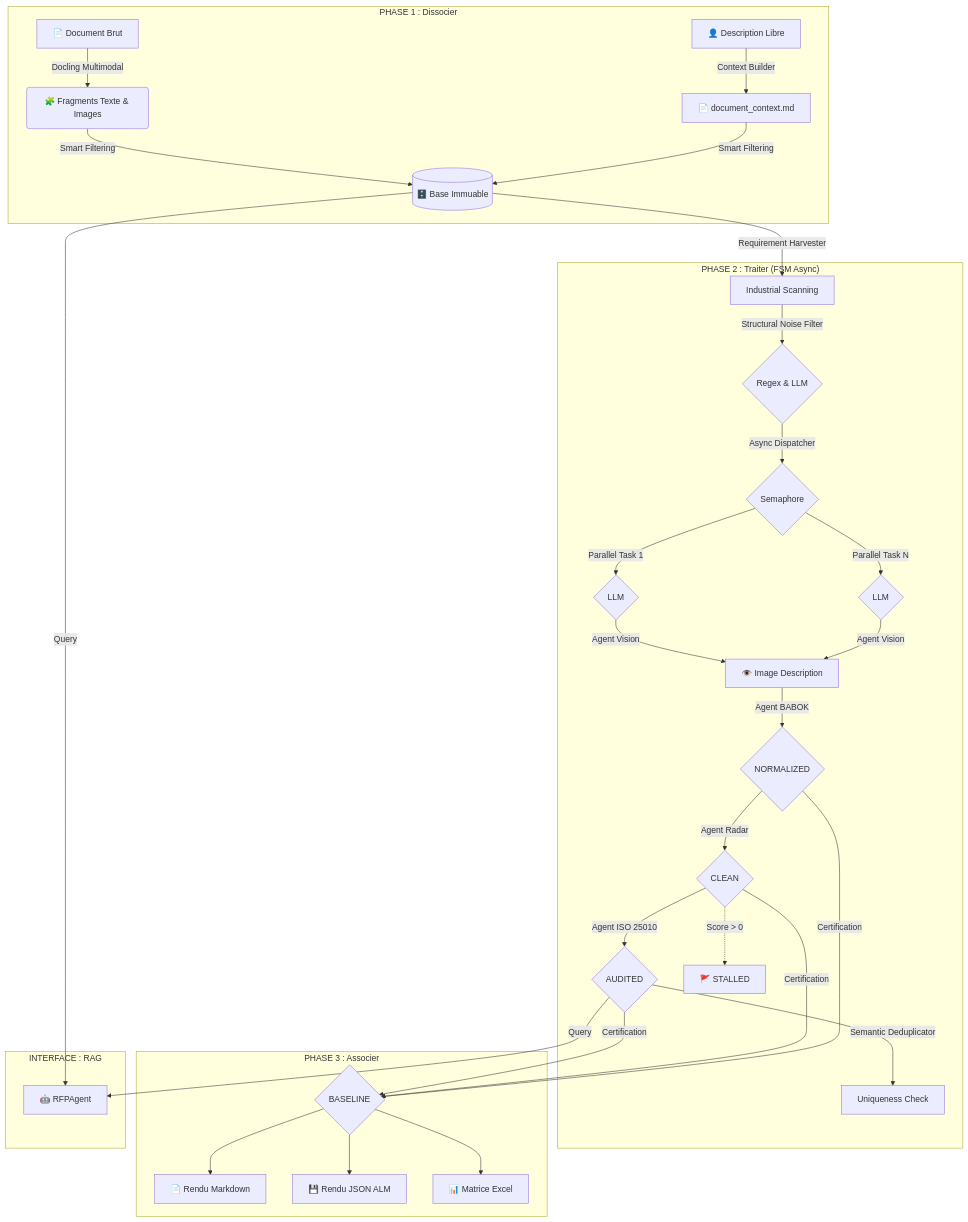
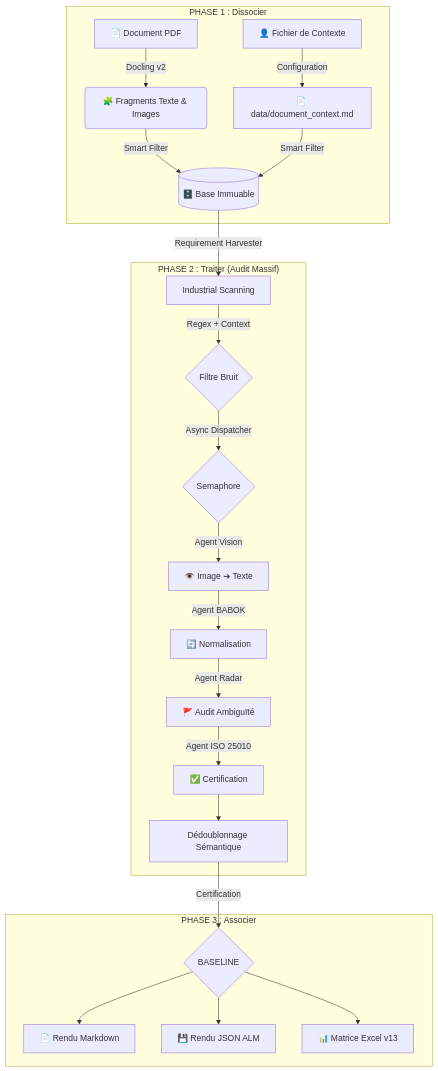
The diagram in ARCHITECTURE.md (RodMan121/rfp-analyse-ia), drawn with Mermaid before and after one commit. The commit also changed other lines of this file and 2 other files, not shown here.

````diff
--- a/ARCHITECTURE.md
+++ b/ARCHITECTURE.md
@@ -9,33 +9,26 @@
 ```mermaid
 graph TD
     subgraph "PHASE 1 : Dissocier"
-        USER[👤 Description Libre] -->|Context Builder| CTX[📄 document_context.md]
-        A[📄 Document Brut] -->|Docling Multimodal| B(🧩 Fragments Texte & Images)
-        B & CTX -->|Smart Filtering| C[(🗄️ Base Immuable)]
+        USER[👤 Fichier de Contexte] -->|Configuration| CTX[📄 data/document_context.md]
+        A[📄 Document PDF] -->|Docling v2| B(🧩 Fragments Texte & Images)
+        B & CTX -->|Smart Filter| C[(🗄️ Base Immuable)]
     end
     
-    subgraph "PHASE 2 : Traiter (FSM Async)"
+    subgraph "PHASE 2 : Traiter (Audit Massif)"
         C -->|Requirement Harvester| D[Industrial Scanning]
-        D -->|Structural Noise Filter| FILT{Regex & LLM}
+        D -->|Regex + Context| FILT{Filtre Bruit}
         FILT -->|Async Dispatcher| SEM{Semaphore}
-        SEM -->|Parallel Task 1| LLM1{LLM}
-        SEM -->|Parallel Task N| LLM2{LLM}
-        LLM1 & LLM2 -->|Agent Vision| VIS[👁️ Image Description]
-        VIS -->|Agent BABOK| E{NORMALIZED}
-        E -->|Agent Radar| F{CLEAN}
-        F -->|Agent ISO 25010| G{AUDITED}
-        G -->|Semantic Deduplicator| DEDUP[Uniqueness Check]
-        F -.->|Score > 0| H[🚩 STALLED]
+        SEM -->|Agent Vision| VIS[👁️ Image ➔ Texte]
+        VIS -->|Agent BABOK| BAB[🔄 Normalisation]
+        BAB -->|Agent Radar| RAD[🚩 Audit Ambiguïté]
+        RAD -->|Agent ISO 25010| ISO[✅ Certification]
+        ISO --> DEDUP[Dédoublonnage Sémantique]
     end
     
     subgraph "PHASE 3 : Associer"
-        G & F & E -->|Certification| I{BASELINE}
-        I --> J[📄 Rendu Markdown]
-        I --> K[💾 Rendu JSON ALM]
-        I --> L[📊 Matrice Excel]
-    end
-
-    subgraph "INTERFACE : RAG"
-        C & G -->|Query| AGENT[🤖 RFPAgent]
+        DEDUP -->|Certification| BASE{BASELINE}
+        BASE --> J[📄 Rendu Markdown]
+        BASE --> K[💾 Rendu JSON ALM]
+        BASE --> L[📊 Matrice Excel v13]
     end
 ```
````
